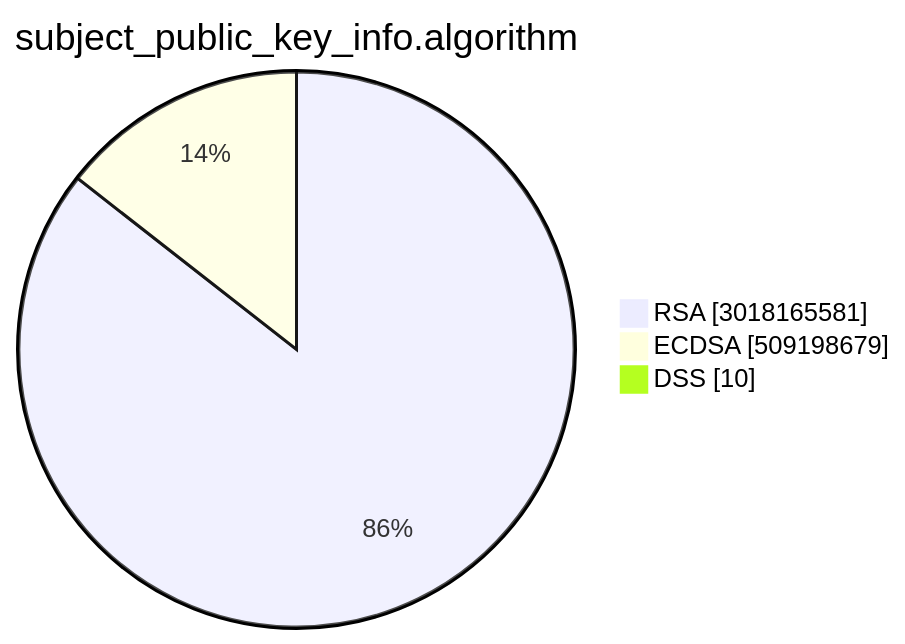
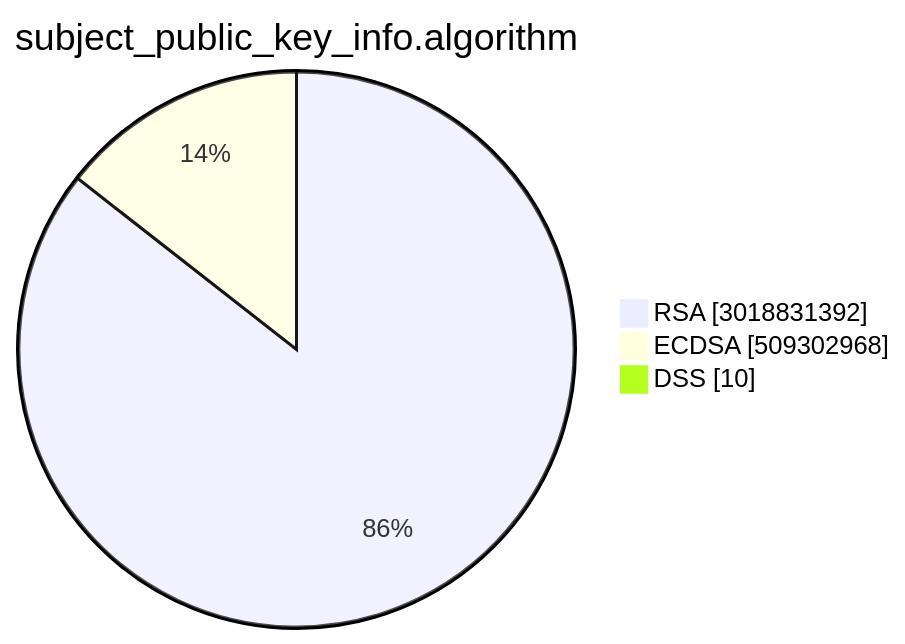
The second of 15 diagrams in TOTAL/README.md (christiankrug/ctmonitor_visualization), drawn with Mermaid before and after one commit. The commit also changed other lines of this file, not shown here.

````diff
--- a/TOTAL/README.md
+++ b/TOTAL/README.md
@@ -6,7 +6,7 @@
 ```mermaid
 pie showData
 title subject_public_key_info.algorithm
-"RSA" :3018165581
-"ECDSA" :509198679
+"RSA" :3018831392
+"ECDSA" :509302968
 "DSS" :10
 ```
````
